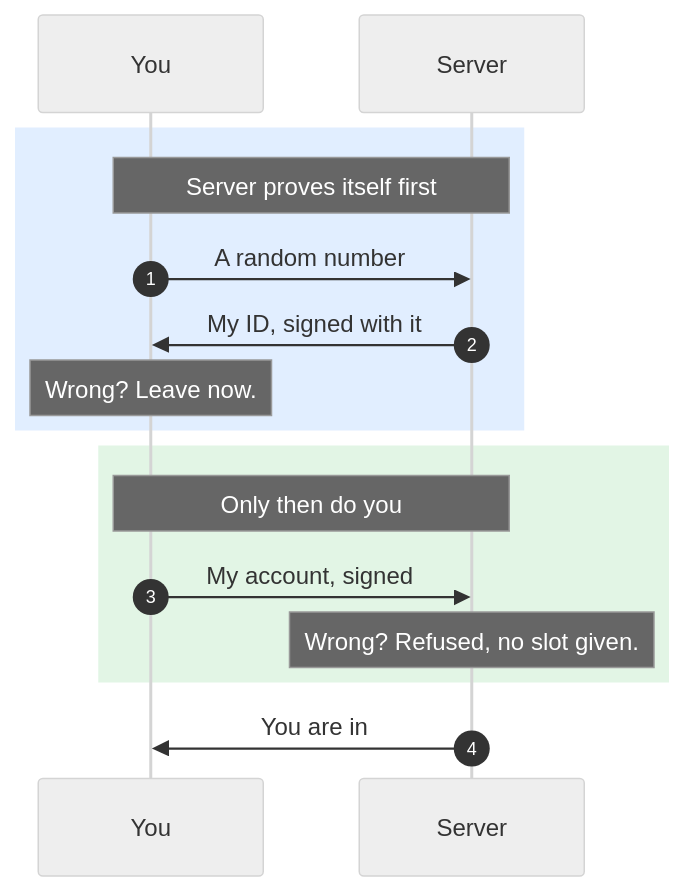
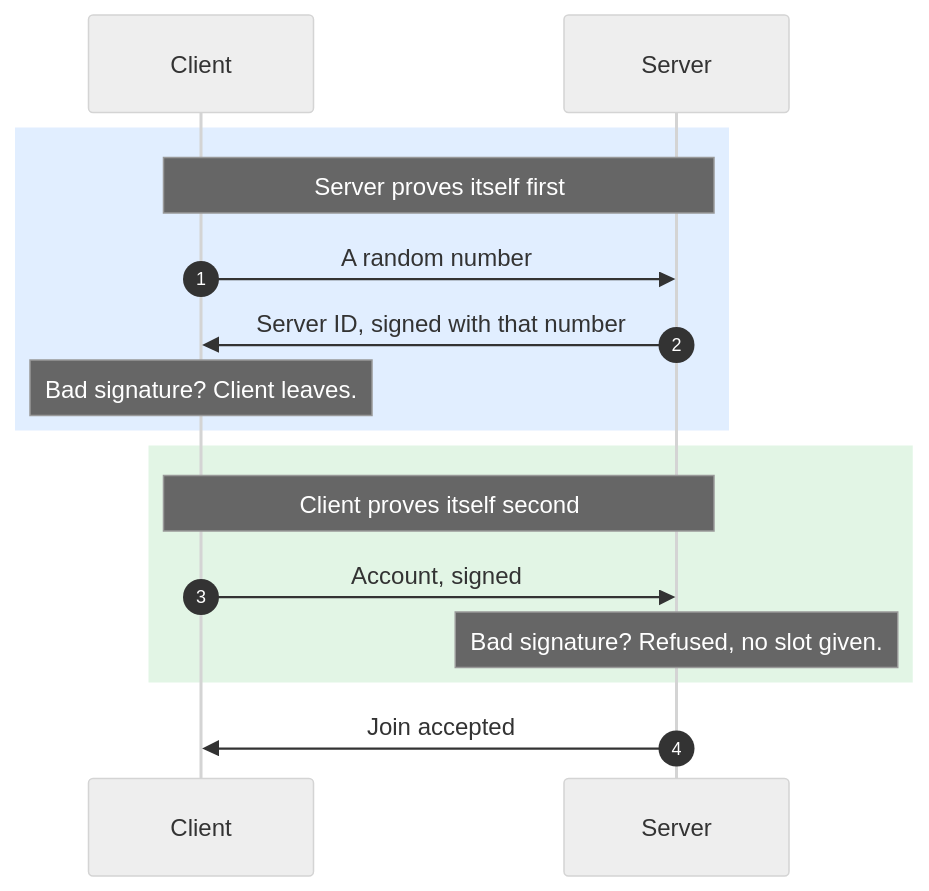
Before and after one commit to rc4l/ForkUnderA: the diagram in README.account-auth.md, drawn with Mermaid (neutral theme). The commit also changed other lines of this file, not shown here.

Commit message:
Say what accounts are for, and name the one folder they live in

````diff
--- a/README.account-auth.md
+++ b/README.account-auth.md
@@ -5,21 +8,21 @@
 ```mermaid
 sequenceDiagram
     autonumber
-    participant C as You
+    participant C as Client
     participant S as Server
 
     rect rgba(56, 139, 253, 0.15)
         Note over C,S: Server proves itself first
         C->>S: A random number
-        S->>C: My ID, signed with it
-        Note over C: Wrong? Leave now.
+        S->>C: Server ID, signed with that number
+        Note over C: Bad signature? Client leaves.
     end
 
     rect rgba(63, 185, 80, 0.15)
-        Note over C,S: Only then do you
-        C->>S: My account, signed
-        Note over S: Wrong? Refused, no slot given.
+        Note over C,S: Client proves itself second
+        C->>S: Account, signed
+        Note over S: Bad signature? Refused, no slot given.
     end
 
-    S->>C: You are in
+    S->>C: Join accepted
 ```
````
